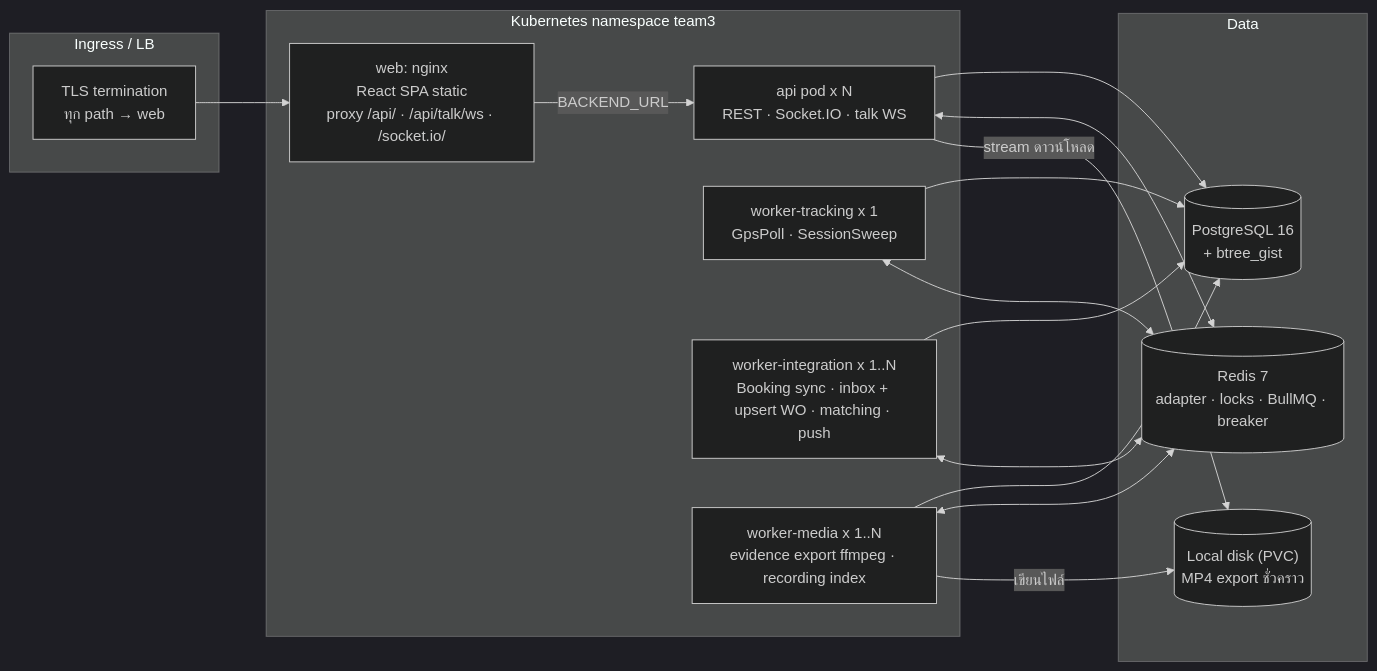
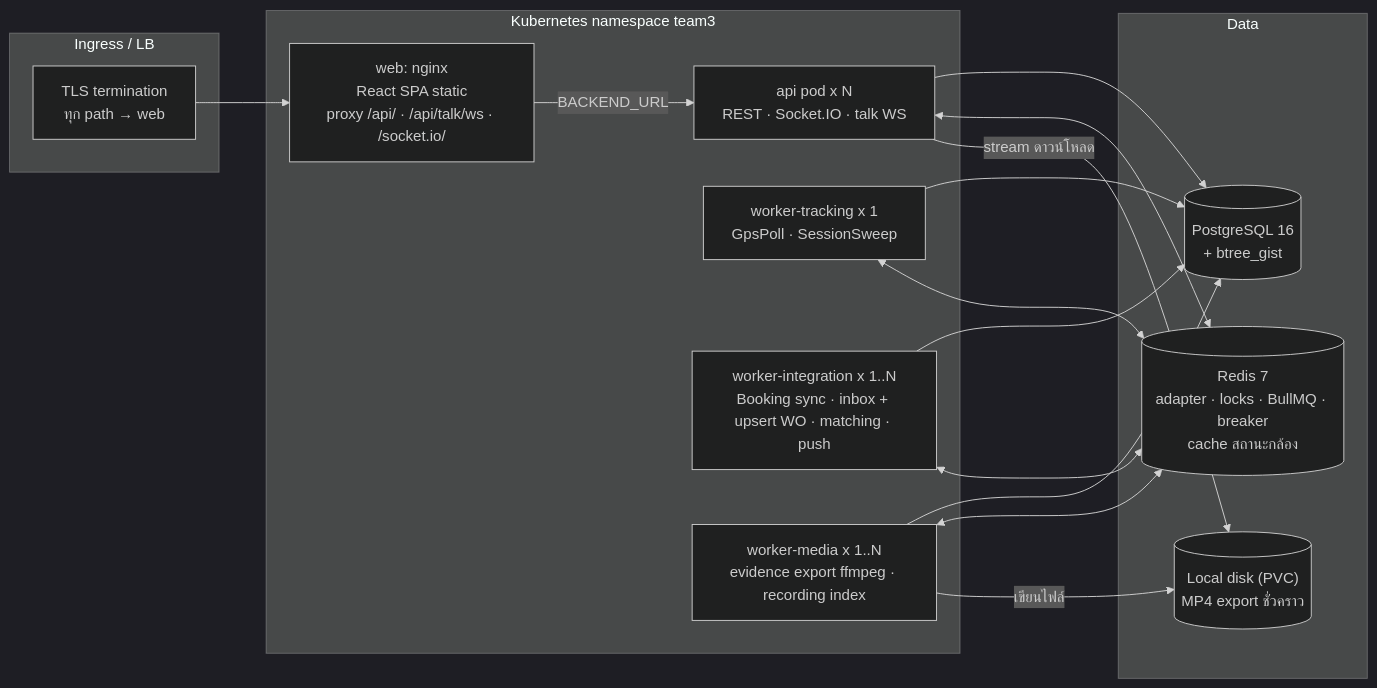
The second of 6 diagrams in docs/blueprint/02-system-architecture.md (b-werayut/psd-bodycam-v1.0), drawn with Mermaid (dark theme) before and after one commit. The commit also changed other lines of this file and 11 other files, not shown here.

````diff
--- a/docs/blueprint/02-system-architecture.md
+++ b/docs/blueprint/02-system-architecture.md
@@ -61,30 +61,30 @@
 ```mermaid
 flowchart LR
   subgraph Edge["Ingress / LB"]
     ING["TLS termination<br/>ทุก path → web"]
   end
   subgraph App["Kubernetes namespace team3"]
     SPA["web: nginx<br/>React SPA static<br/>proxy /api/ · /api/talk/ws · /socket.io/"]
     API1["api pod x N<br/>REST · Socket.IO · talk WS"]
     WT["worker-tracking x 1<br/>GpsPoll · SessionSweep"]
     WI["worker-integration x 1..N<br/>Booking sync · inbox + upsert WO · matching · push"]
     WM["worker-media x 1..N<br/>evidence export ffmpeg · recording index"]
   end
   subgraph Data["Data"]
     PG[("PostgreSQL 16<br/>+ btree_gist")]
-    RD[("Redis 7<br/>adapter · locks · BullMQ · breaker")]
+    RD[("Redis 7<br/>adapter · locks · BullMQ · breaker<br/>cache สถานะกล้อง")]
     FS[("Local disk (PVC)<br/>MP4 export ชั่วคราว")]
   end
   ING --> SPA
   SPA -- "BACKEND_URL" --> API1
   API1 --> PG
   API1 <--> RD
   WT --> PG
   WT <--> RD
   WI --> PG
   WI <--> RD
   WM --> PG
   WM <--> RD
   WM -- "เขียนไฟล์" --> FS
   API1 -- "stream ดาวน์โหลด" --> FS
 ```
````
